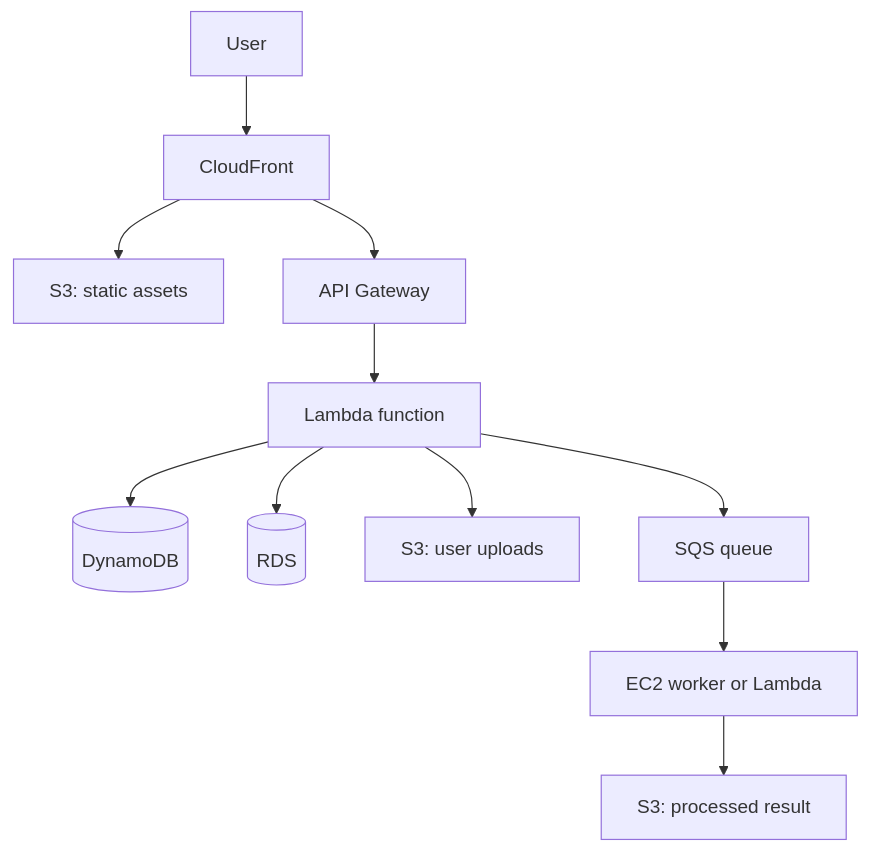
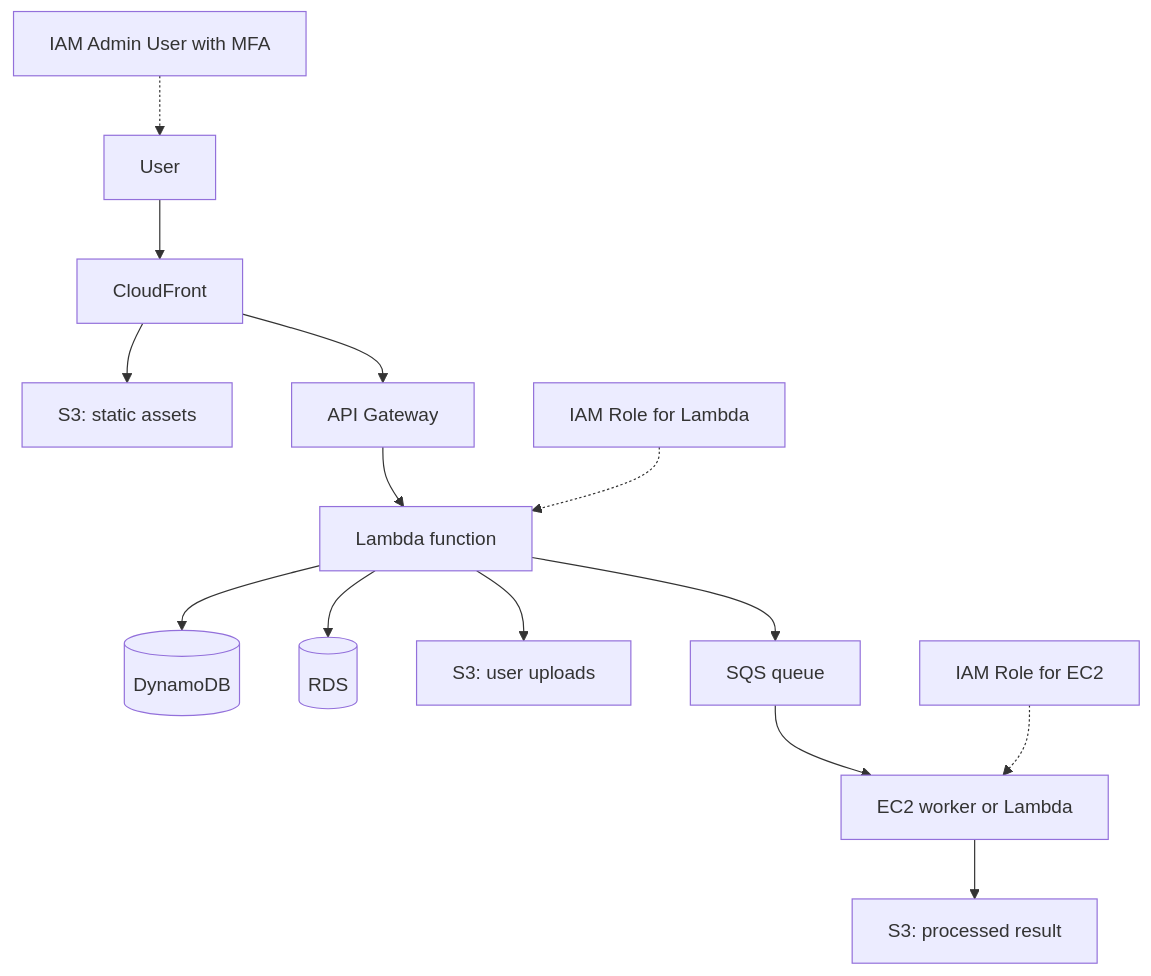
Before and after one commit to kongnakornna/gorestapi: the seventh of 11 diagrams in Book/AWS/AWS-Basic-Part-1.md, drawn with Mermaid. The commit also changed other lines of this file, not shown here.

````diff
--- a/Book/AWS/AWS-Basic-Part-1.md
+++ b/Book/AWS/AWS-Basic-Part-1.md
@@ -3890,13 +3905,17 @@
 ```mermaid
 flowchart TB
     User[User] --> CF[CloudFront]
     CF --> S3[S3: static assets]
     CF --> APIGW[API Gateway]
     APIGW --> Lambda[Lambda function]
     Lambda --> DDB[(DynamoDB)]
     Lambda --> RDS[(RDS)]
     Lambda --> S3Upload[S3: user uploads]
     Lambda --> SQS[SQS queue]
     SQS --> Worker[EC2 worker or Lambda]
     Worker --> S3Result[S3: processed result]
+
+    IAM_Lambda[IAM Role for Lambda] -.-> Lambda
+    IAM_EC2[IAM Role for EC2] -.-> Worker
+    IAM_Admin[IAM Admin User with MFA] -.-> User
 ```
````
